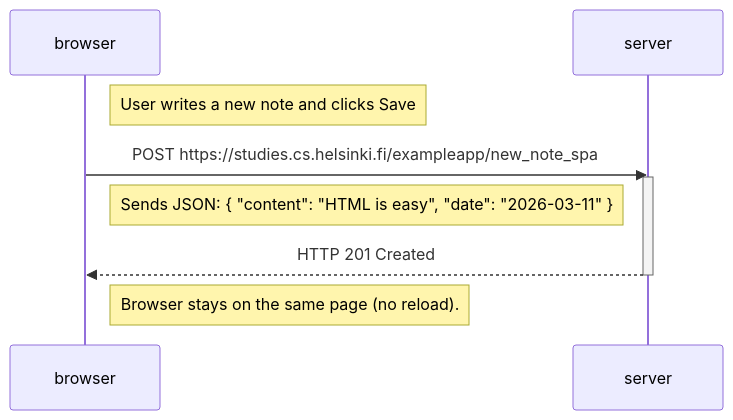
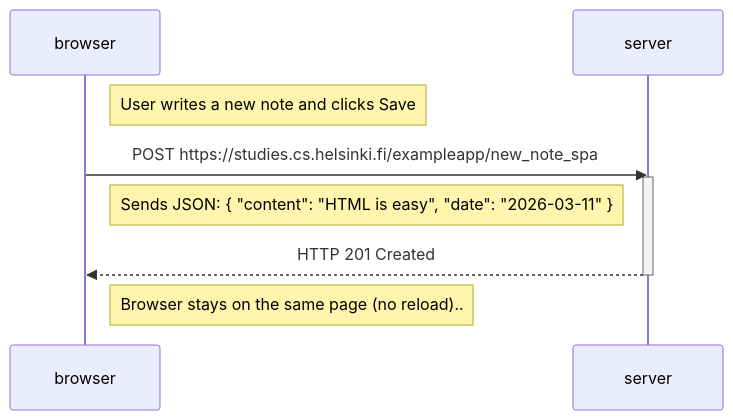
The diagram in part0/0.6.md (menna-eltahawy/fullstackopen), drawn with Mermaid before and after one commit.

Commit message:
update code

````diff
--- a/part0/0.6.md
+++ b/part0/0.6.md
@@ -1,16 +1,16 @@
 ```mermaid
 sequenceDiagram
     participant browser
     participant server
 
     Note right of browser: User writes a new note and clicks Save
 
 
     browser->>server: POST https://studies.cs.helsinki.fi/exampleapp/new_note_spa
     activate server
     Note right of browser: Sends JSON: { "content": "HTML is easy", "date": "2026-03-11" }
     server-->>browser: HTTP 201 Created
     deactivate server
 
-    Note right of browser: Browser stays on the same page (no reload).
+    Note right of browser: Browser stays on the same page (no reload)..
 ```
````
